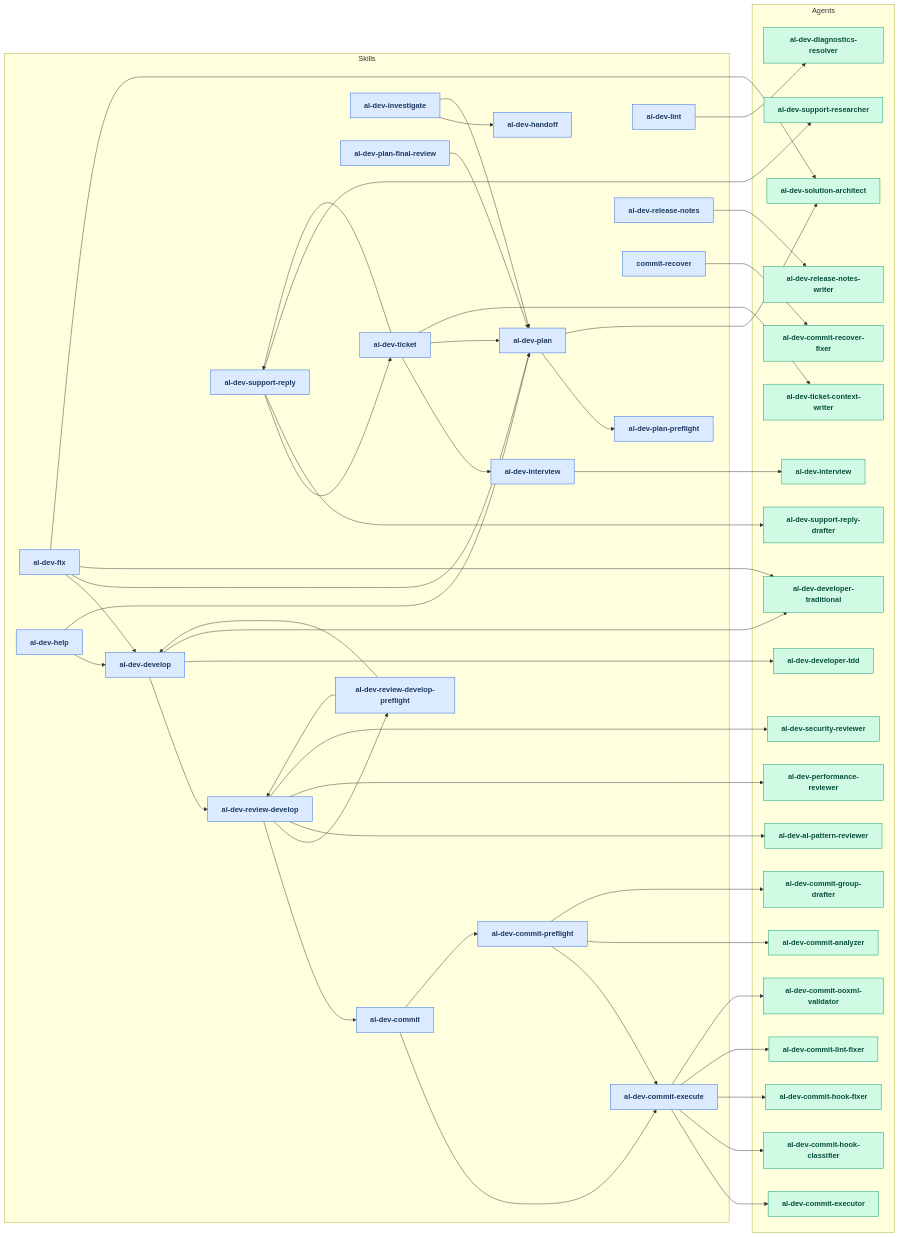
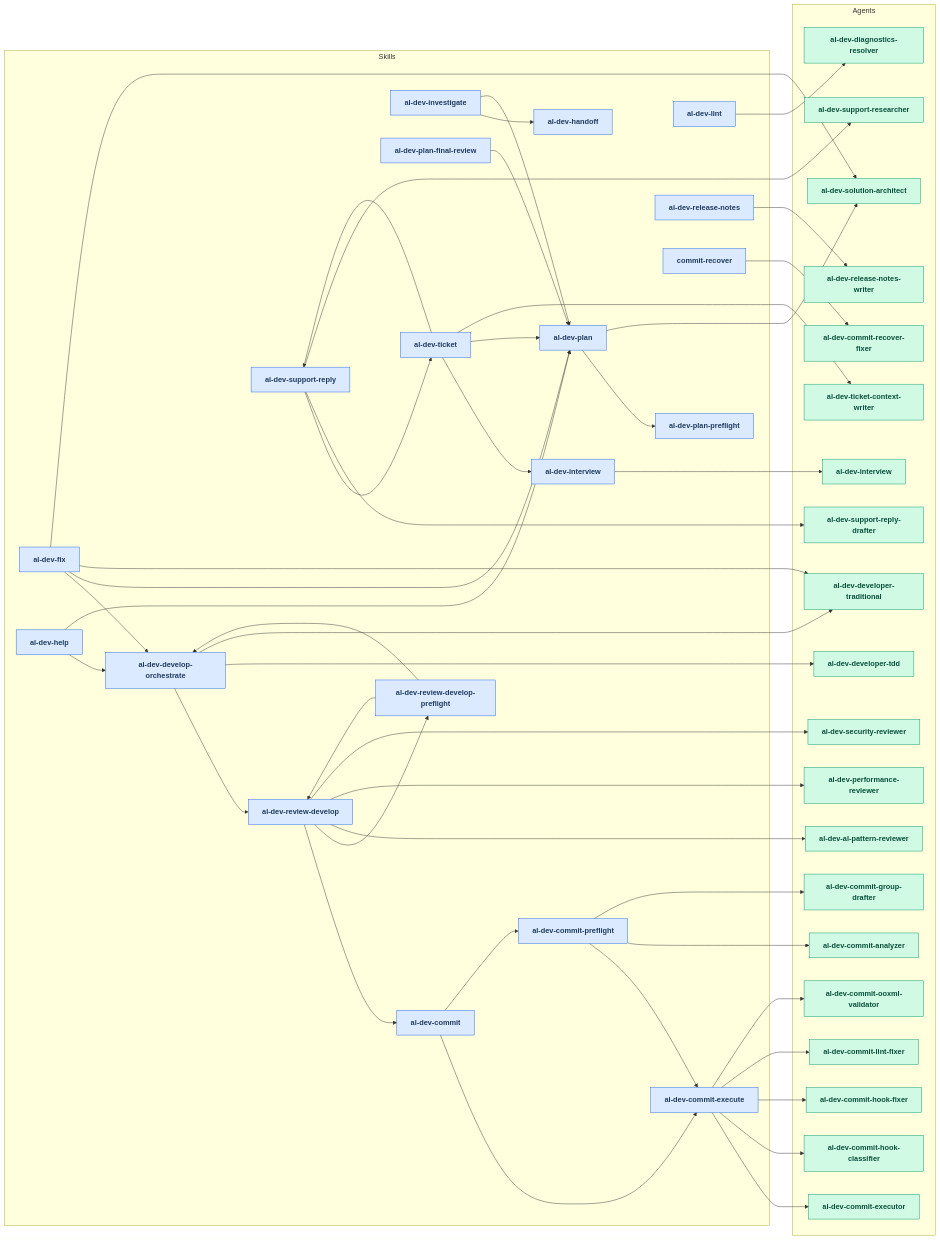
The first of 2 diagrams in docs/al-dev-workflow-diagrams.md (russell-laing/al-dev-shared), drawn with Mermaid before and after one commit. The commit also changed other lines of this file and 53 other files, not shown here.

Commit message:
refactor(skill): rename al-dev-develop to al-dev-develop-orchestrate, keep artifact prefix stable (#875)

```diff
--- a/docs/al-dev-workflow-diagrams.md
+++ b/docs/al-dev-workflow-diagrams.md
@@ -15,7 +15,7 @@
         skill_al_dev_commit[al-dev-commit]
         skill_al_dev_commit_execute[al-dev-commit-execute]
         skill_al_dev_commit_preflight[al-dev-commit-preflight]
-        skill_al_dev_develop[al-dev-develop]
+        skill_al_dev_develop_orchestrate[al-dev-develop-orchestrate]
         skill_al_dev_fix[al-dev-fix]
         skill_al_dev_handoff[al-dev-handoff]
         skill_al_dev_help[al-dev-help]
@@ -58,10 +58,10 @@
     skill_al_dev_commit --> skill_al_dev_commit_execute
     skill_al_dev_commit --> skill_al_dev_commit_preflight
     skill_al_dev_commit_preflight --> skill_al_dev_commit_execute
-    skill_al_dev_develop --> skill_al_dev_review_develop
-    skill_al_dev_fix --> skill_al_dev_develop
+    skill_al_dev_develop_orchestrate --> skill_al_dev_review_develop
+    skill_al_dev_fix --> skill_al_dev_develop_orchestrate
     skill_al_dev_fix --> skill_al_dev_plan
-    skill_al_dev_help --> skill_al_dev_develop
+    skill_al_dev_help --> skill_al_dev_develop_orchestrate
     skill_al_dev_help --> skill_al_dev_plan
     skill_al_dev_investigate --> skill_al_dev_handoff
     skill_al_dev_investigate --> skill_al_dev_plan
@@ -69,7 +69,7 @@
     skill_al_dev_plan_final_review --> skill_al_dev_plan
     skill_al_dev_review_develop --> skill_al_dev_commit
     skill_al_dev_review_develop --> skill_al_dev_review_develop_preflight
-    skill_al_dev_review_develop_preflight --> skill_al_dev_develop
+    skill_al_dev_review_develop_preflight --> skill_al_dev_develop_orchestrate
     skill_al_dev_review_develop_preflight --> skill_al_dev_review_develop
     skill_al_dev_support_reply --> skill_al_dev_ticket
     skill_al_dev_ticket --> skill_al_dev_interview
@@ -82,8 +82,8 @@
     skill_al_dev_commit_execute --> agent_al_dev_commit_ooxml_validator
     skill_al_dev_commit_preflight --> agent_al_dev_commit_analyzer
     skill_al_dev_commit_preflight --> agent_al_dev_commit_group_drafter
-    skill_al_dev_develop --> agent_al_dev_developer_tdd
-    skill_al_dev_develop --> agent_al_dev_developer_traditional
+    skill_al_dev_develop_orchestrate --> agent_al_dev_developer_tdd
+    skill_al_dev_develop_orchestrate --> agent_al_dev_developer_traditional
     skill_al_dev_fix --> agent_al_dev_developer_traditional
     skill_al_dev_fix --> agent_al_dev_solution_architect
     skill_al_dev_interview --> agent_al_dev_interview
@@ -101,7 +101,7 @@
     class skill_al_dev_commit skillNode
     class skill_al_dev_commit_execute skillNode
     class skill_al_dev_commit_preflight skillNode
-    class skill_al_dev_develop skillNode
+    class skill_al_dev_develop_orchestrate skillNode
     class skill_al_dev_fix skillNode
     class skill_al_dev_handoff skillNode
     class skill_al_dev_help skillNode
```
